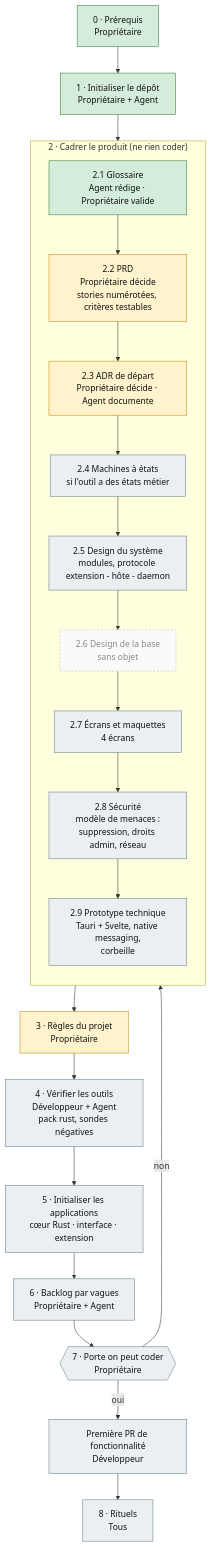
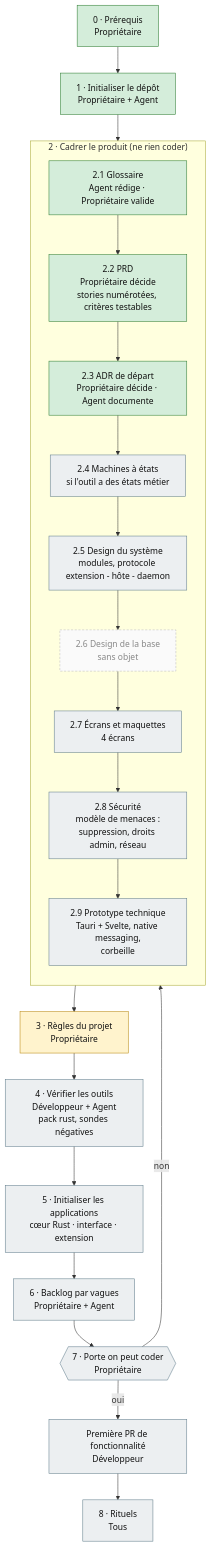
One commit to AresGn/Breathly changed the diagram in docs/parcours.md. Above: the diagram before and after it, drawn with Mermaid. The commit also changed other lines of this file and 8 other files, not shown here.

````diff
--- a/docs/parcours.md
+++ b/docs/parcours.md
@@ -21,35 +21,35 @@
 ```mermaid
 flowchart TD
     A0["0 · Prérequis<br/>Propriétaire"] --> A1["1 · Initialiser le dépôt<br/>Propriétaire + Agent"]
     A1 --> B
 
     subgraph B["2 · Cadrer le produit (ne rien coder)"]
         direction TB
         B1["2.1 Glossaire<br/>Agent rédige · Propriétaire valide"] --> B2["2.2 PRD<br/>Propriétaire décide<br/>stories numérotées, critères testables"]
         B2 --> B3["2.3 ADR de départ<br/>Propriétaire décide · Agent documente"]
         B3 --> B4["2.4 Machines à états<br/>si l'outil a des états métier"]
         B4 --> B5["2.5 Design du système<br/>modules, protocole extension - hôte - daemon"]
         B5 --> B6["2.6 Design de la base<br/>sans objet"]
         B6 --> B7["2.7 Écrans et maquettes<br/>4 écrans"]
         B7 --> B8["2.8 Sécurité<br/>modèle de menaces :<br/>suppression, droits admin, réseau"]
         B8 --> B9["2.9 Prototype technique<br/>Tauri + Svelte, native messaging,<br/>corbeille"]
     end
 
     B --> C["3 · Règles du projet<br/>Propriétaire"]
     C --> D["4 · Vérifier les outils<br/>Développeur + Agent<br/>pack rust, sondes négatives"]
     D --> E["5 · Initialiser les applications<br/>cœur Rust · interface · extension"]
     E --> F["6 · Backlog par vagues<br/>Propriétaire + Agent"]
     F --> G{{"7 · Porte on peut coder<br/>Propriétaire"}}
     G -- non --> B
     G -- oui --> H["Première PR de fonctionnalité<br/>Développeur"]
     H --> I["8 · Rituels<br/>Tous"]
 
     classDef done fill:#d4edda,stroke:#2e7d32,color:#111
     classDef progress fill:#fff3cd,stroke:#b8860b,color:#111
     classDef todo fill:#eceff1,stroke:#607d8b,color:#111
     classDef na fill:#fafafa,stroke:#bbb,stroke-dasharray: 4 3,color:#888
-    class A0,A1,B1 done
-    class B2,B3,C progress
+    class A0,A1,B1,B2,B3 done
+    class C progress
     class B4,B5,B7,B8,B9,D,E,F,G,H,I todo
     class B6 na
 ```
````
